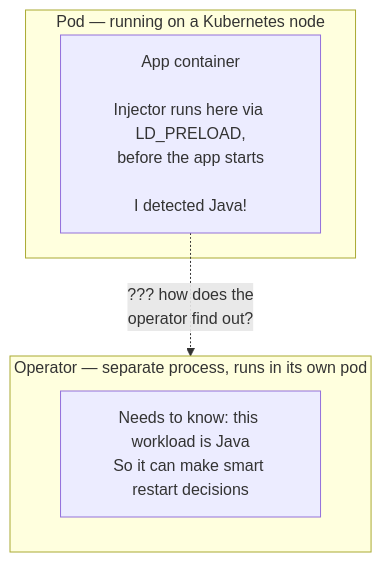
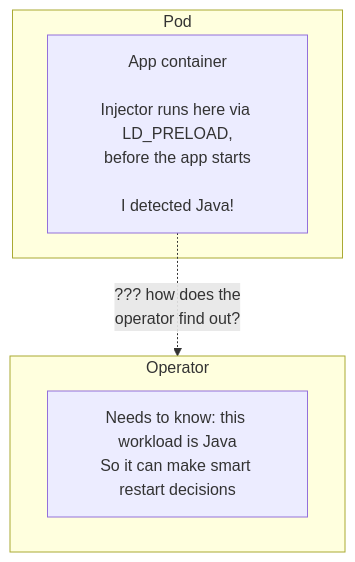
The first of 3 diagrams in hackathon/status-sidecar.md (zeitlinger/opentelemetry-operator), drawn with Mermaid before and after one commit.

Commit message:
Fix mermaid: shorten subgraph titles to prevent truncation

````diff
--- a/hackathon/status-sidecar.md
+++ b/hackathon/status-sidecar.md
@@ -16,12 +16,12 @@
 ```mermaid
 graph TD
-    subgraph Pod["Pod — running on a Kubernetes node"]
+    subgraph Pod["Pod"]
         App["App container<br/><br/>Injector runs here via LD_PRELOAD,<br/>before the app starts<br/><br/>I detected Java!"]
     end
 
     App -. "??? how does the<br/>operator find out?" .-> Operator
 
-    subgraph Operator["Operator — separate process, runs in its own pod"]
+    subgraph Operator["Operator"]
         Need["Needs to know: this workload is Java<br/>So it can make smart restart decisions"]
     end
 ```
````
